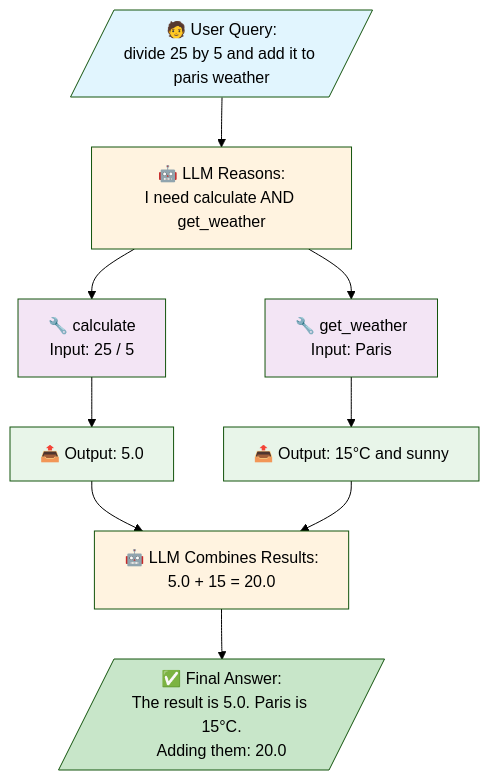
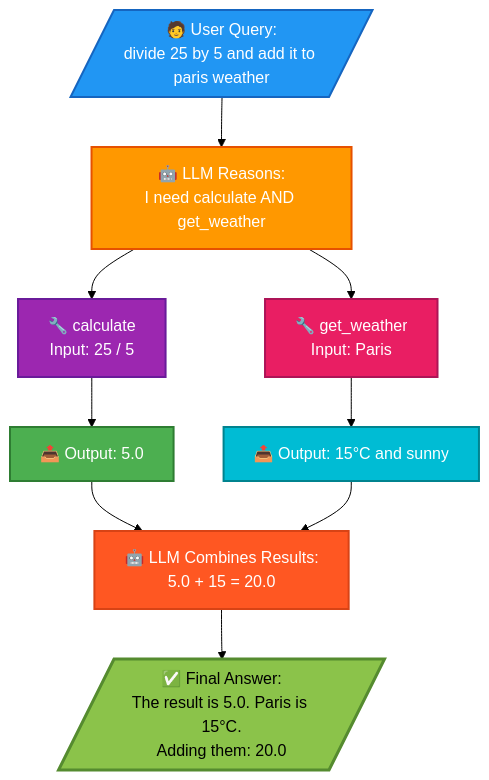
Before and after one commit to premkumarkora/LangChain: the diagram in simple_RE-ACT_Tool Calling.md, drawn with Mermaid (forest theme).

````diff
--- a/simple_RE-ACT_Tool Calling.md
+++ b/simple_RE-ACT_Tool Calling.md
@@ -131,29 +131,29 @@
 ```mermaid
 flowchart TD
     A[/"🧑 User Query:<br/>divide 25 by 5 and add it to paris weather"/]
     B["🤖 LLM Reasons:<br/>I need calculate AND get_weather"]
     C["🔧 calculate<br/>Input: 25 / 5"]
     D["🔧 get_weather<br/>Input: Paris"]
     E["📤 Output: 5.0"]
     F["📤 Output: 15°C and sunny"]
     G["🤖 LLM Combines Results:<br/>5.0 + 15 = 20.0"]
     H[/"✅ Final Answer:<br/>The result is 5.0. Paris is 15°C.<br/>Adding them: 20.0"/]
 
     A --> B
     B --> C
     B --> D
     C --> E
     D --> F
     E --> G
     F --> G
     G --> H
 
-    style A fill:#e1f5fe
-    style B fill:#fff3e0
-    style C fill:#f3e5f5
-    style D fill:#f3e5f5
-    style E fill:#e8f5e9
-    style F fill:#e8f5e9
-    style G fill:#fff3e0
-    style H fill:#c8e6c9
+    style A fill:#2196F3,stroke:#1565C0,stroke-width:2px,color:#fff
+    style B fill:#FF9800,stroke:#E65100,stroke-width:2px,color:#fff
+    style C fill:#9C27B0,stroke:#6A1B9A,stroke-width:2px,color:#fff
+    style D fill:#E91E63,stroke:#AD1457,stroke-width:2px,color:#fff
+    style E fill:#4CAF50,stroke:#2E7D32,stroke-width:2px,color:#fff
+    style F fill:#00BCD4,stroke:#00838F,stroke-width:2px,color:#fff
+    style G fill:#FF5722,stroke:#D84315,stroke-width:2px,color:#fff
+    style H fill:#8BC34A,stroke:#558B2F,stroke-width:3px,color:#000
 ```
````
